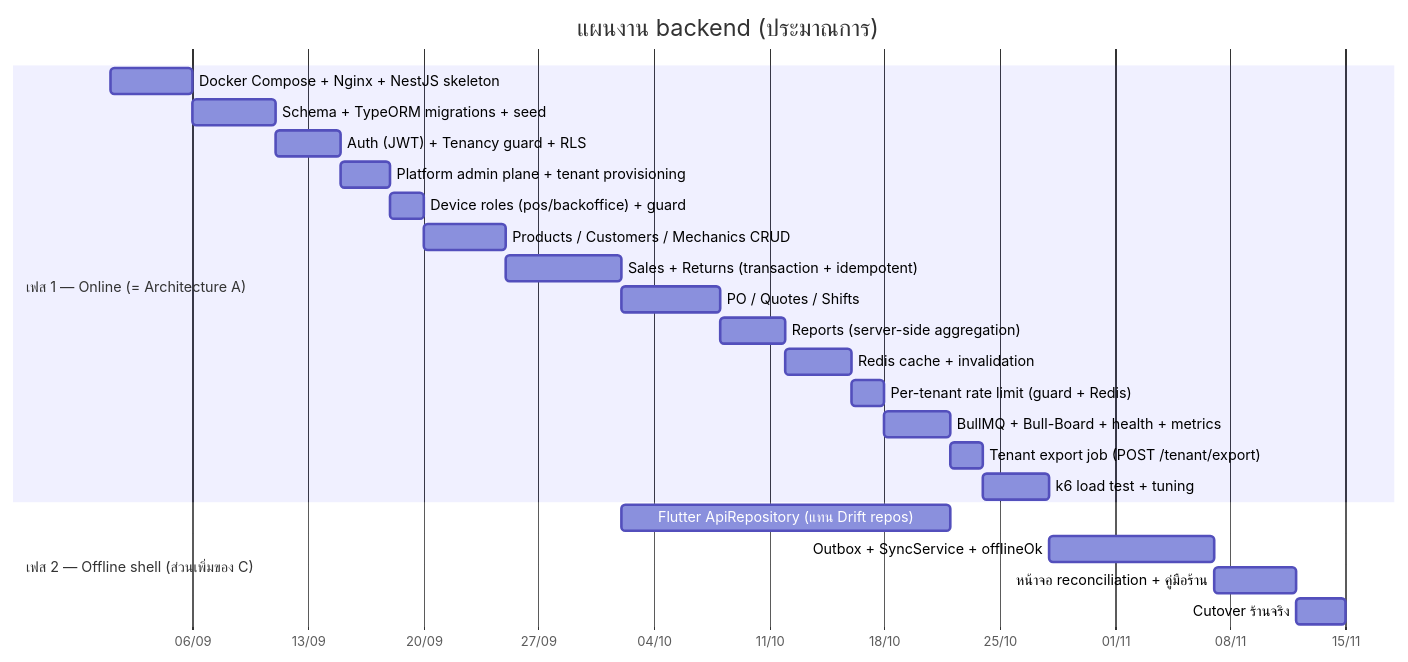
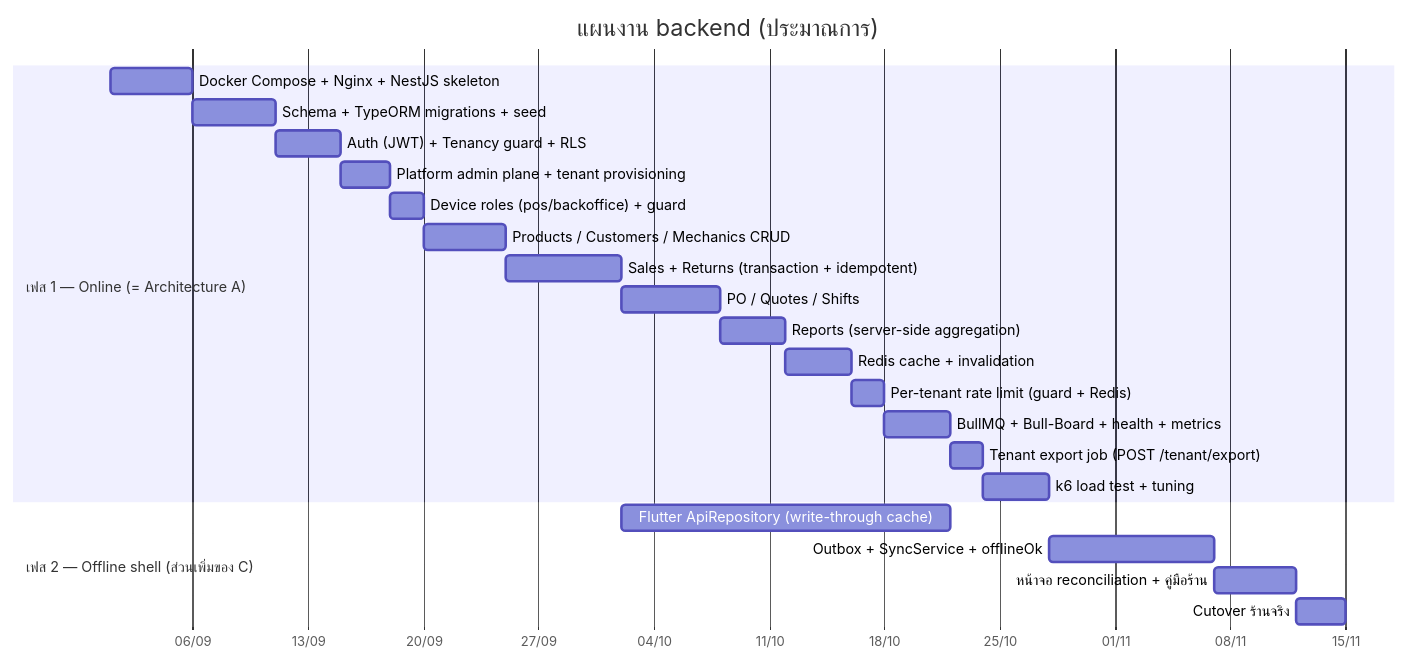
One commit to NuimanLP/srisurart-pos-flutter changed the seventh of 7 diagrams in docs/Backend_design/03_ARCHITECTURE.md. Above: the diagram before and after it, drawn with Mermaid. The commit also changed other lines of this file and 7 other files, not shown here.

````diff
--- a/docs/Backend_design/03_ARCHITECTURE.md
+++ b/docs/Backend_design/03_ARCHITECTURE.md
@@ -440,26 +440,26 @@
 ```mermaid
 gantt
     title แผนงาน backend (ประมาณการ)
     dateFormat YYYY-MM-DD
     axisFormat %d/%m
     section เฟส 1 — Online (= Architecture A)
     Docker Compose + Nginx + NestJS skeleton   :p1, 2026-09-01, 5d
     Schema + TypeORM migrations + seed         :p2, after p1, 5d
     Auth (JWT) + Tenancy guard + RLS           :p3, after p2, 4d
     Platform admin plane + tenant provisioning :p3b, after p3, 3d
     Device roles (pos/backoffice) + guard      :p3c, after p3b, 2d
     Products / Customers / Mechanics CRUD      :p4, after p3c, 5d
     Sales + Returns (transaction + idempotent) :p5, after p4, 7d
     PO / Quotes / Shifts                       :p6, after p5, 6d
     Reports (server-side aggregation)          :p7, after p6, 4d
     Redis cache + invalidation                 :p8, after p7, 4d
     Per-tenant rate limit (guard + Redis)      :p8b, after p8, 2d
     BullMQ + Bull-Board + health + metrics     :p9, after p8b, 4d
     Tenant export job (POST /tenant/export)    :p9b, after p9, 2d
     k6 load test + tuning                      :p10, after p9b, 4d
     section เฟส 2 — Offline shell (ส่วนเพิ่มของ C)
-    Flutter ApiRepository (แทน Drift repos)    :q1, after p5, 20d
+    Flutter ApiRepository (write-through cache) :q1, after p5, 20d
     Outbox + SyncService + offlineOk           :q2, after p10, 10d
     หน้าจอ reconciliation + คู่มือร้าน          :q3, after q2, 5d
     Cutover ร้านจริง                            :q4, after q3, 3d
 ```
````
